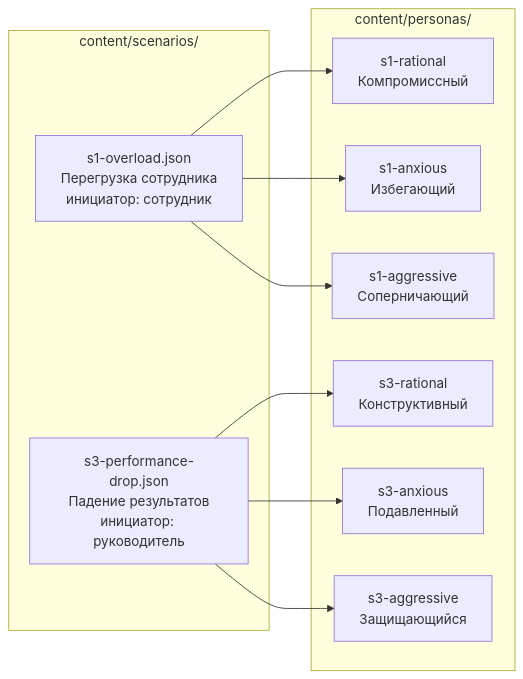
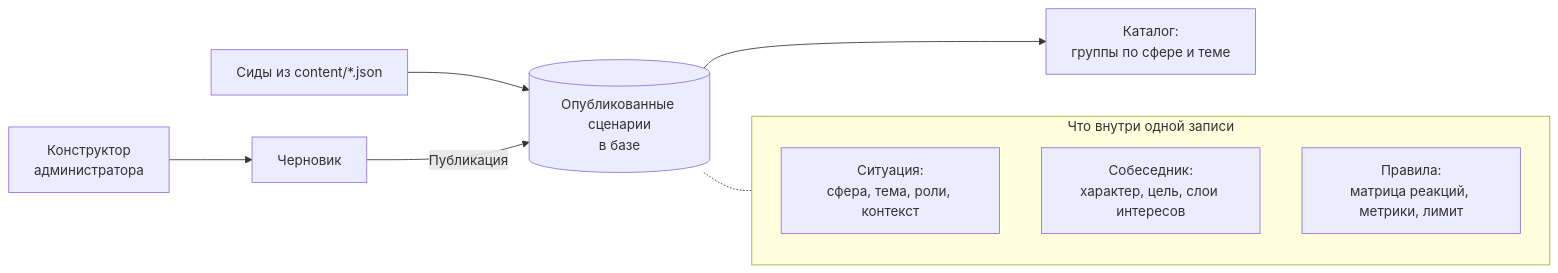
Before and after one commit to dontdoitno/lct-negotiation: the first of 3 diagrams in docs-site/architecture/scenarios.md, drawn with Mermaid. The commit also changed other lines of this file and 27 other files, not shown here.

````diff
--- a/docs-site/architecture/scenarios.md
+++ b/docs-site/architecture/scenarios.md
@@ -23,23 +23,15 @@
 ```mermaid
 flowchart LR
-    subgraph SC["content/scenarios/"]
-        S1["s1-overload.json<br/>Перегрузка сотрудника<br/>инициатор: сотрудник"]
-        S3["s3-performance-drop.json<br/>Падение результатов<br/>инициатор: руководитель"]
+    ADMIN["Конструктор<br/>администратора"] --> DRAFT["Черновик"]
+    SEED["Сиды из content/*.json"] --> PUB
+    DRAFT -->|Публикация| PUB[("Опубликованные сценарии<br/>в базе")]
+    PUB --> CAT["Каталог:<br/>группы по сфере и теме"]
+
+    subgraph WHAT["Что внутри одной записи"]
+        CTX["Ситуация:<br/>сфера, тема, роли, контекст"]
+        NPC["Собеседник:<br/>характер, цель, слои интересов"]
+        RULES["Правила:<br/>матрица реакций, метрики, лимит"]
     end
 
-    subgraph PE["content/personas/"]
-        P1["s1-rational<br/>Компромиссный"]
-        P2["s1-anxious<br/>Избегающий"]
-        P3["s1-aggressive<br/>Соперничающий"]
-        P4["s3-rational<br/>Конструктивный"]
-        P5["s3-anxious<br/>Подавленный"]
-        P6["s3-aggressive<br/>Защищающийся"]
-    end
-
-    S1 --> P1
-    S1 --> P2
-    S1 --> P3
-    S3 --> P4
-    S3 --> P5
-    S3 --> P6
+    PUB -.- WHAT
 ```
````
